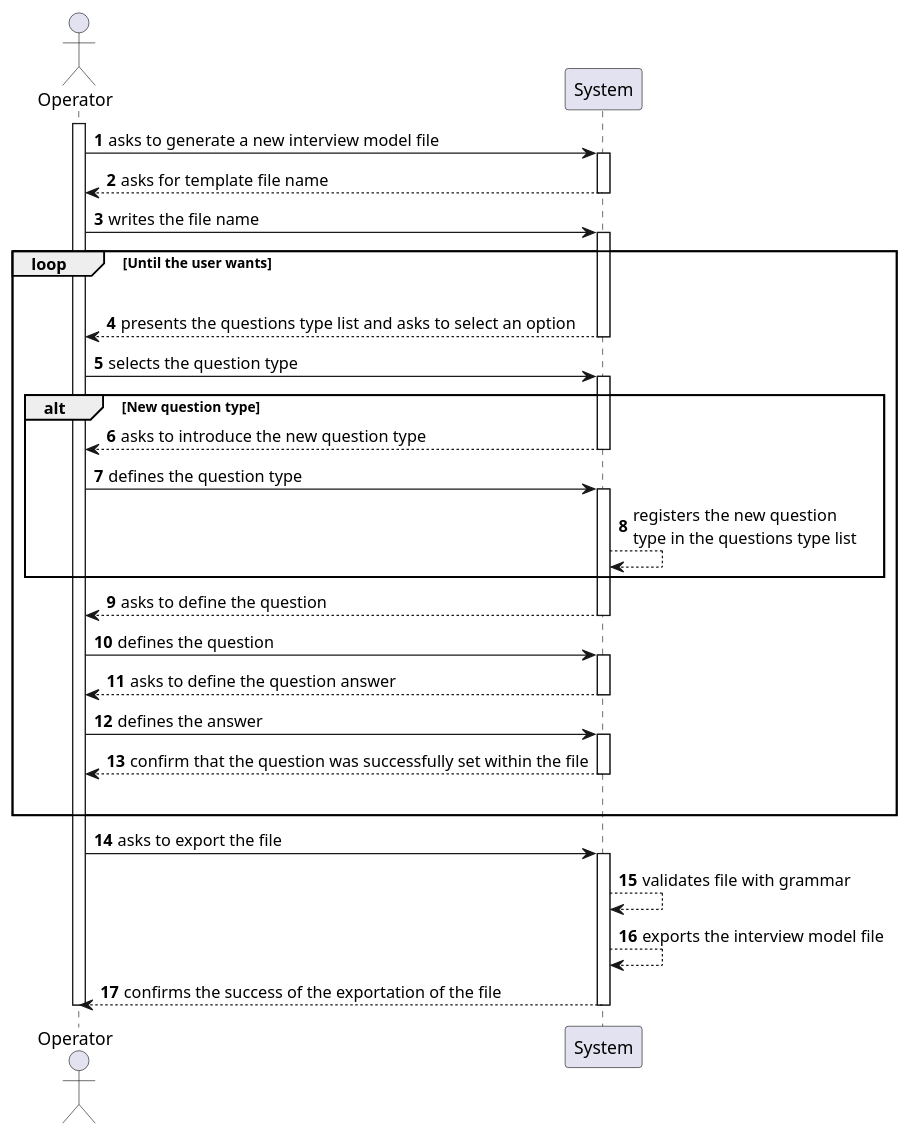
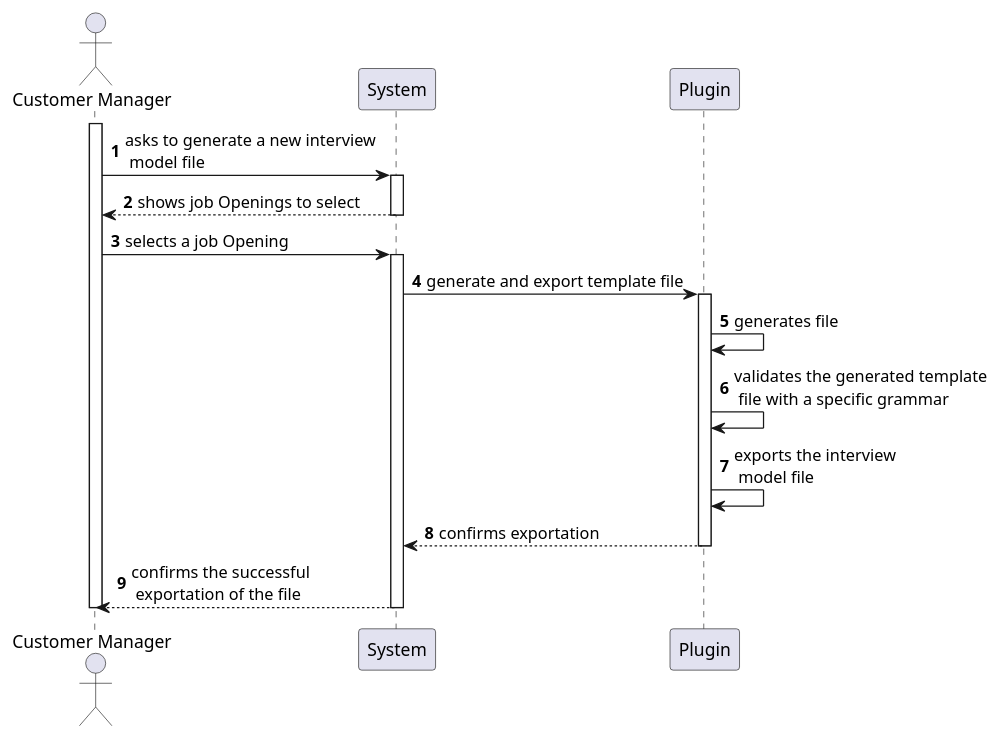
One commit to rita-barbosa/LAPR4-2324 changed the diagram in docs/sb_us_1012/us_1012_SSD.puml. Above: the diagram before and after it, drawn with PlantUML. The commit also changed 6 other files, not shown here.

```diff
--- a/docs/sb_us_1012/us_1012_SSD.puml
+++ b/docs/sb_us_1012/us_1012_SSD.puml
@@ -1,73 +1,39 @@
-@startuml US2003_SSD
+@startuml US1012_SSD
 autonumber
 
-actor "Operator" as OP
+actor "Customer Manager" as CM
 participant "System" as SYS
+participant "Plugin" as PLU
 
-activate OP
+activate CM
 
-OP -> SYS : asks to generate a new interview model file
+CM -> SYS : asks to generate a new interview\n model file
 
 activate SYS
 
-SYS --> OP : asks for template file name
+    SYS --> CM : shows job Openings to select
 deactivate SYS
 
-OP -> SYS : writes the file name
+CM -> SYS : selects a job Opening
 activate SYS
 
 
-loop Until the user wants
-|||
+SYS -> PLU : generate and export template file
+activate PLU
 
-    SYS --> OP : presents the questions type list and asks to select an option
-    deactivate SYS
+PLU -> PLU : generates file
 
-    OP -> SYS : selects the question type
+PLU -> PLU : validates the generated template\n file with a specific grammar
 
-    alt New question type
-        activate SYS
+PLU -> PLU : exports the interview\n model file
 
-                SYS --> OP : asks to introduce the new question type
-                deactivate SYS
+PLU --> SYS : confirms exportation
+deactivate PLU
 
-                OP -> SYS : defines the question type
-
-                activate SYS
-
-                SYS --> SYS : registers the new question \ntype in the questions type list
-
-    end alt
-
-        SYS --> OP : asks to define the question
-        deactivate SYS
-
-        OP -> SYS : defines the question
-        activate SYS
-
-        SYS --> OP : asks to define the question answer
-        deactivate SYS
-
-        OP -> SYS : defines the answer
-        activate SYS
-
-        SYS --> OP : confirm that the question was successfully set within the file
-        deactivate SYS
-|||
-end loop
-
-OP -> SYS : asks to export the file
-
-activate SYS
-
-SYS --> SYS : validates file with grammar
-
-SYS --> SYS : exports the interview model file
-
-SYS --> OP : confirms the success of the exportation of the file
+SYS --> CM : confirms the successful\n exportation of the file
 deactivate SYS
 
 
-deactivate OP
+deactivate CM
 
 @enduml
```
